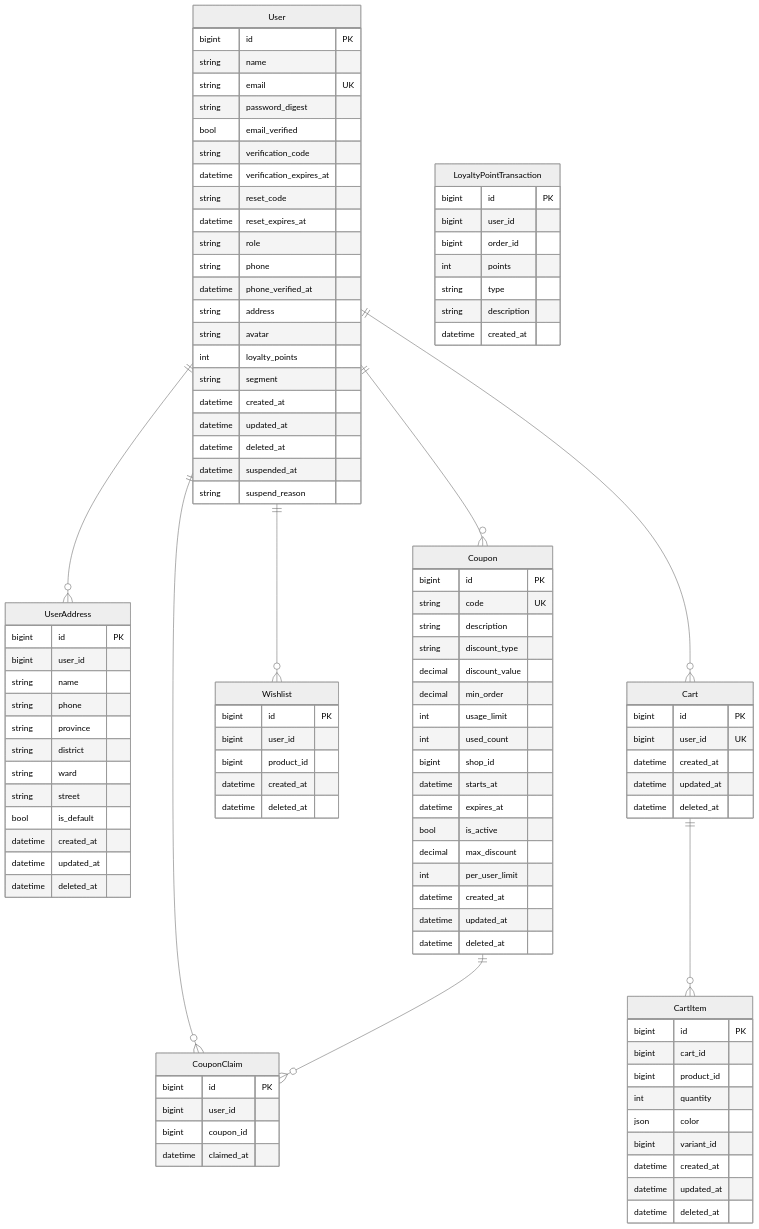
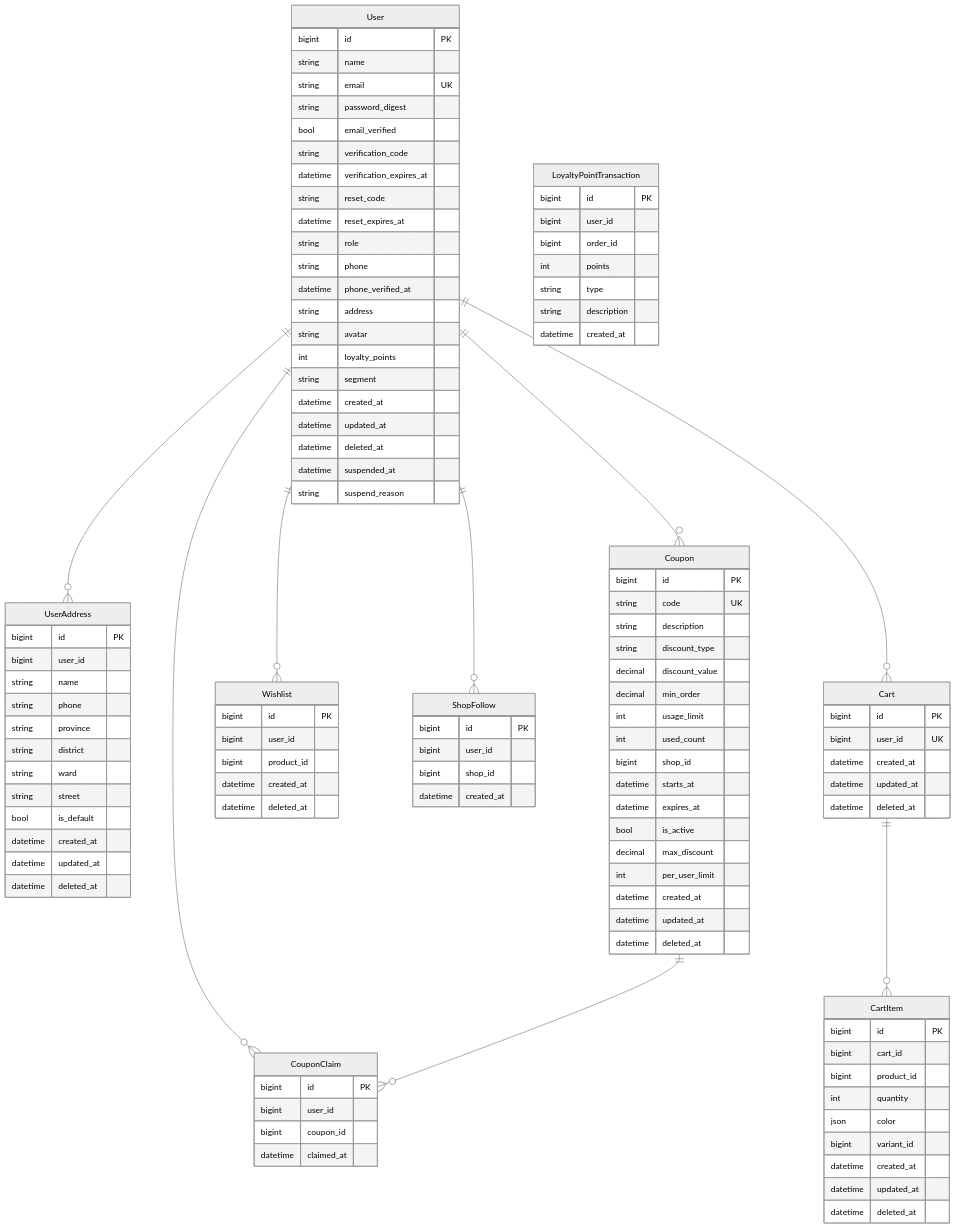
The second of 6 diagrams in backend/docs/erd.md (nguyenxduc/electric-ecommerce), drawn with Mermaid (neutral theme) before and after one commit. The commit also changed other lines of this file and 46 other files, not shown here.

First line of the commit message:
feat: flash sale with countdown, follow shop

````diff
--- a/backend/docs/erd.md
+++ b/backend/docs/erd.md
@@ -228,6 +231,12 @@
     datetime created_at
     datetime deleted_at
   }
+  ShopFollow {
+    bigint id "PK"
+    bigint user_id
+    bigint shop_id
+    datetime created_at
+  }
   Coupon {
     bigint id "PK"
     string code "UK"
@@ -267,6 +276,7 @@
   User ||--o{ Cart : ""
   User ||--o{ Wishlist : ""
   User ||--o{ Coupon : ""
+  User ||--o{ ShopFollow : ""
   Cart ||--o{ CartItem : ""
   Coupon ||--o{ CouponClaim : ""
 ```
````
